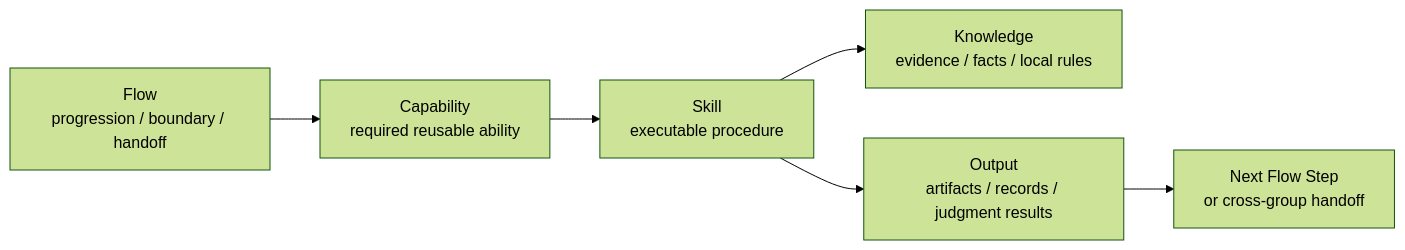
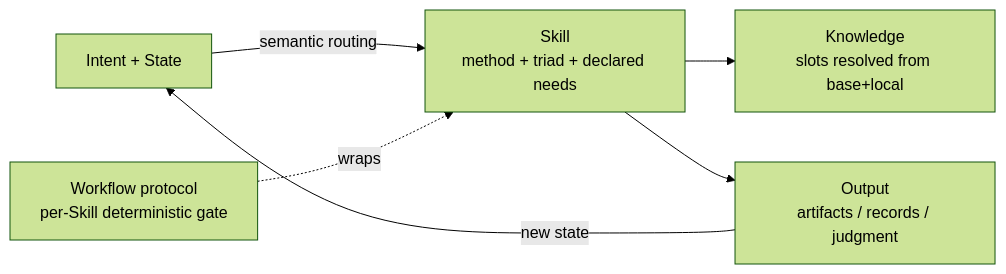
The diagram in docs/core/models/052_flow_capability_skill_knowledge_model.md (synthaicode/XRefKit), drawn with Mermaid (forest theme) before and after one commit. The commit also changed other lines of this file and 3 other files, not shown here.

````diff
--- a/docs/core/models/052_flow_capability_skill_knowledge_model.md
+++ b/docs/core/models/052_flow_capability_skill_knowledge_model.md
@@ -84,8 +130,8 @@
 ```mermaid
 flowchart LR
-    F["Flow<br/>progression / boundary / handoff"] --> C["Capability<br/>required reusable ability"]
-    C --> S["Skill<br/>executable procedure"]
-    S --> K["Knowledge<br/>evidence / facts / local rules"]
-    S --> O["Output<br/>artifacts / records / judgment results"]
-    O --> N["Next Flow Step<br/>or cross-group handoff"]
+    I["Intent + State"] -->|semantic routing| S["Skill<br/>method + triad + declared needs"]
+    P["Workflow protocol<br/>per-Skill deterministic gate"] -. wraps .-> S
+    S --> K["Knowledge<br/>slots resolved from base+local"]
+    S --> O["Output<br/>artifacts / records / judgment"]
+    O -->|new state| I
 ```
````
